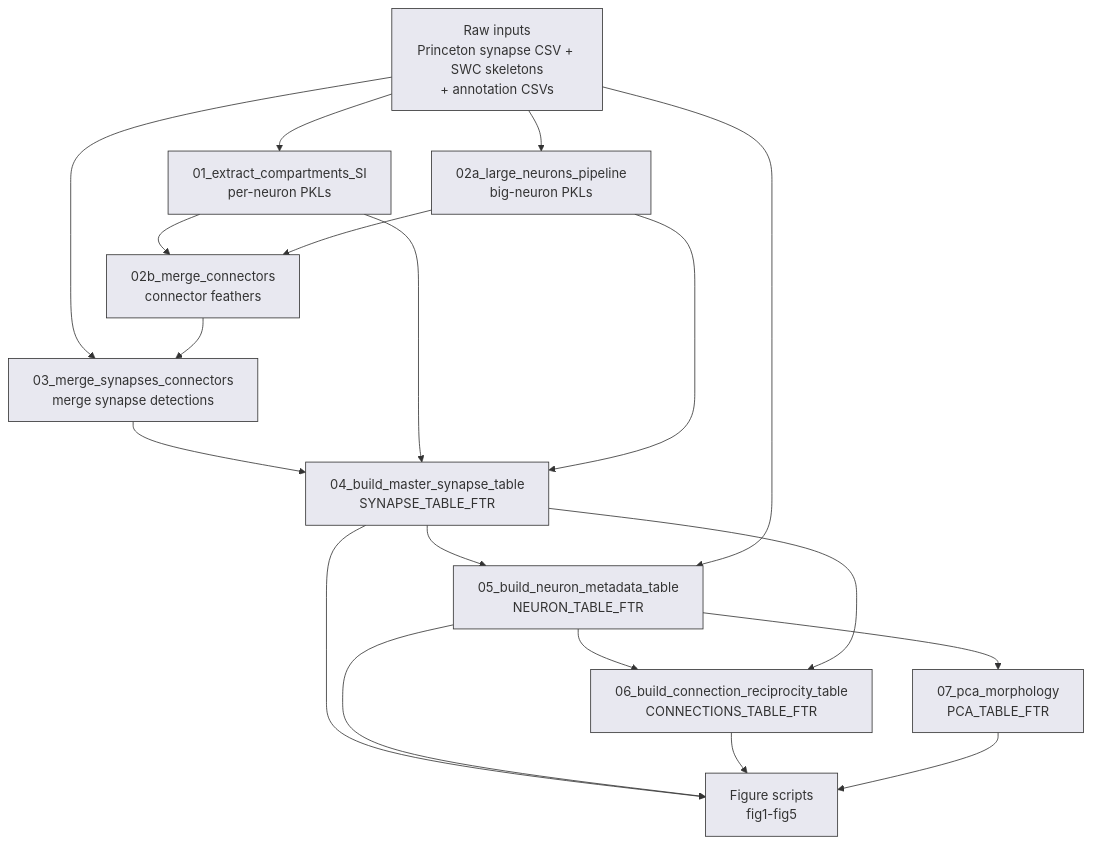
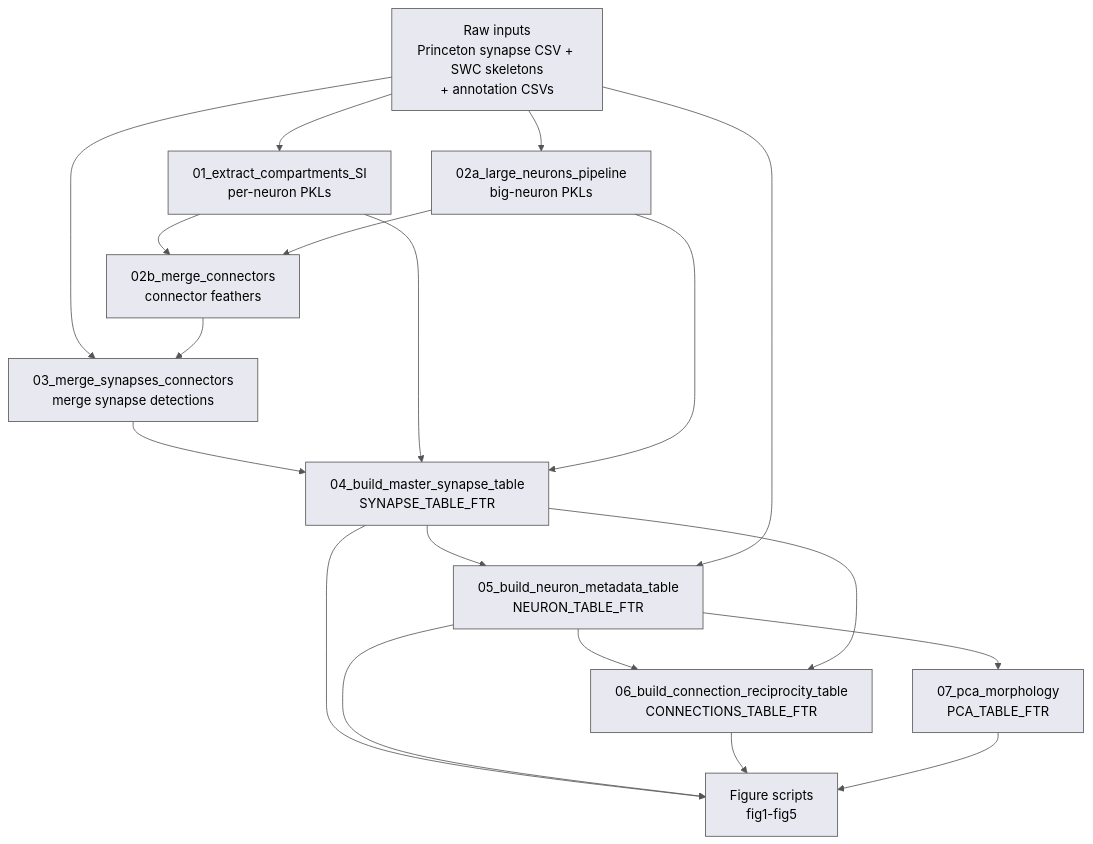
Before and after one commit to deutschlab/mixed-polarity-paper: the diagram in docs/pipeline_overview.md, drawn with Mermaid.

Commit message:
Fix Mermaid diagram: use base theme with primaryTextColor for black text

````diff
--- a/docs/pipeline_overview.md
+++ b/docs/pipeline_overview.md
@@ -14,33 +14,33 @@
 ```mermaid
-%%{init: {'theme': 'default', 'themeVariables': {'nodeBorder': '#333', 'mainBkg': '#e8e8f0', 'nodeTextColor': '#000000'}}}%%
+%%{init: {'theme': 'base', 'themeVariables': {'primaryColor': '#e8e8f0', 'primaryTextColor': '#000000', 'primaryBorderColor': '#555555', 'lineColor': '#555555'}}}%%
 flowchart TD
     RAW["Raw inputs\nPrinceton synapse CSV + SWC skeletons\n+ annotation CSVs"]
     S01["01_extract_compartments_SI\nper-neuron PKLs"]
     S02A["02a_large_neurons_pipeline\nbig-neuron PKLs"]
     S02B["02b_merge_connectors\nconnector feathers"]
     S03["03_merge_synapses_connectors\nmerge synapse detections"]
     S04["04_build_master_synapse_table\nSYNAPSE_TABLE_FTR"]
     S05["05_build_neuron_metadata_table\nNEURON_TABLE_FTR"]
     S06["06_build_connection_reciprocity_table\nCONNECTIONS_TABLE_FTR"]
     S07["07_pca_morphology\nPCA_TABLE_FTR"]
     FIGS["Figure scripts\nfig1-fig5"]
 
     RAW --> S01
     RAW --> S02A
     S01 --> S02B
     S02A --> S02B
     RAW --> S03
     S02B --> S03
     S03 --> S04
     S01 --> S04
     S02A --> S04
     S04 --> S05
     RAW --> S05
     S05 --> S06
     S04 --> S06
     S05 --> S07
     S04 --> FIGS
     S05 --> FIGS
     S06 --> FIGS
     S07 --> FIGS
 ```
````
